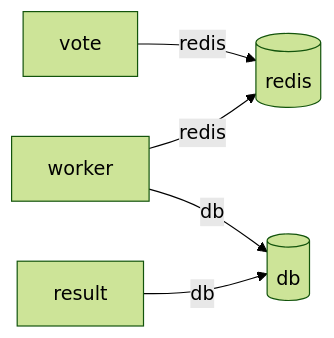
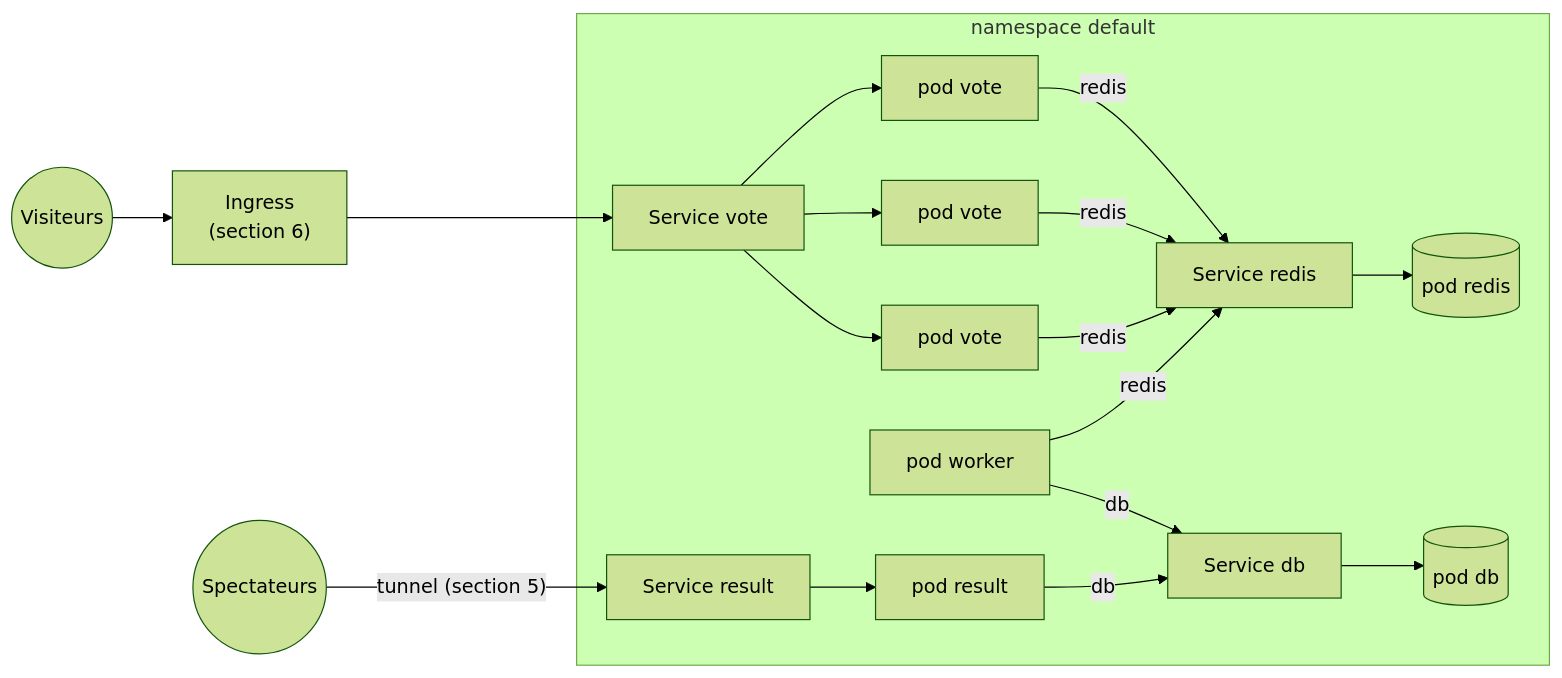
One commit to bngams/kube-overview-labs changed the third of 4 diagrams in labs/04-services/README.md. Above: the diagram before and after it, drawn with Mermaid (forest theme). The commit also changed other lines of this file, not shown here.

Commit message:
TP04 section 4 : schémas comparés, architecture classique et architecture Kubernetes

````diff
--- a/labs/04-services/README.md
+++ b/labs/04-services/README.md
@@ -192,7 +209,18 @@
 ```mermaid
 flowchart LR
-    V["vote"] -- "redis" --> R[("redis")]
-    W["worker"] -- "redis" --> R
-    W -- "db" --> D[("db")]
-    RS["result"] -- "db" --> D
+    U((Visiteurs)) --> ING["Ingress<br/>(section 6)"]
+    ING --> SV["Service vote"]
+    subgraph NS["namespace default"]
+        SV --> PV1["pod vote"]
+        SV --> PV2["pod vote"]
+        SV --> PV3["pod vote"]
+        PV1 & PV2 & PV3 -- "redis" --> SR["Service redis"]
+        SR --> PR[("pod redis")]
+        PW["pod worker"] -- "redis" --> SR
+        PW -- "db" --> SD["Service db"]
+        SD --> PD[("pod db")]
+        PRS["pod result"] -- "db" --> SD
+        SRS["Service result"] --> PRS
+    end
+    S((Spectateurs)) -- "tunnel (section 5)" --> SRS
 ```
````
